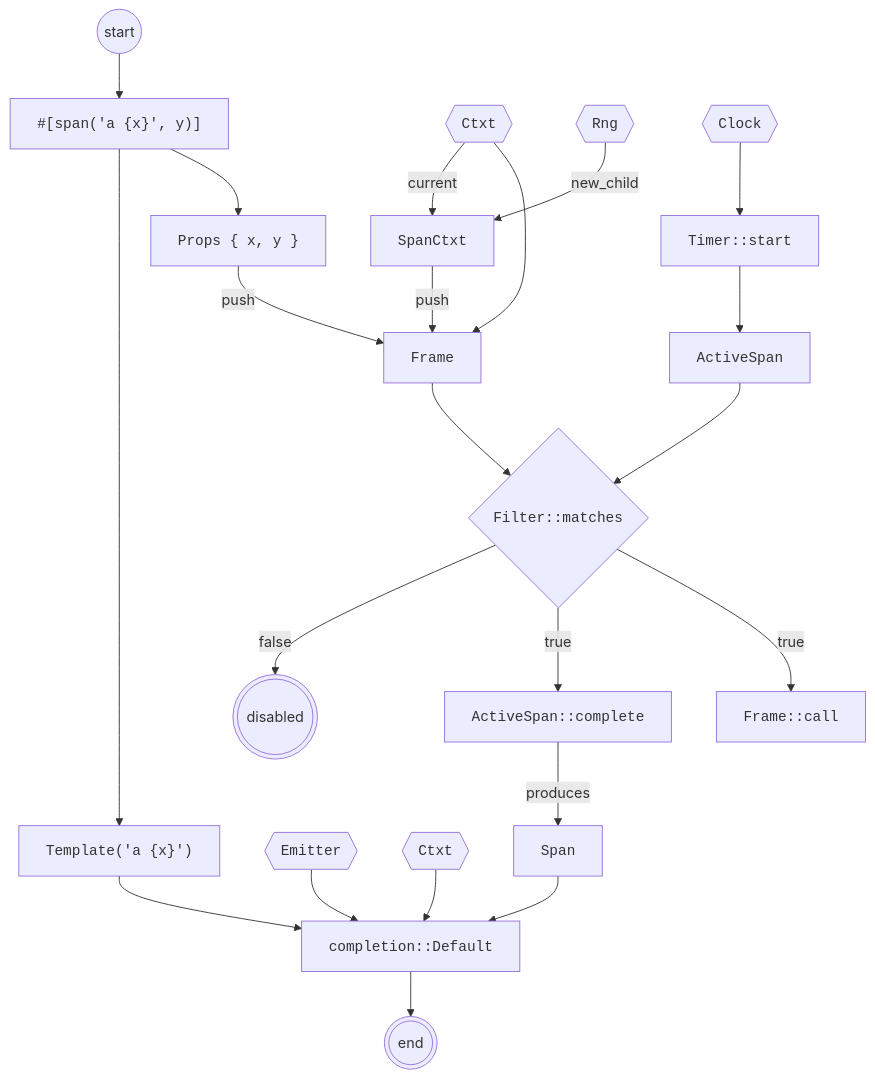
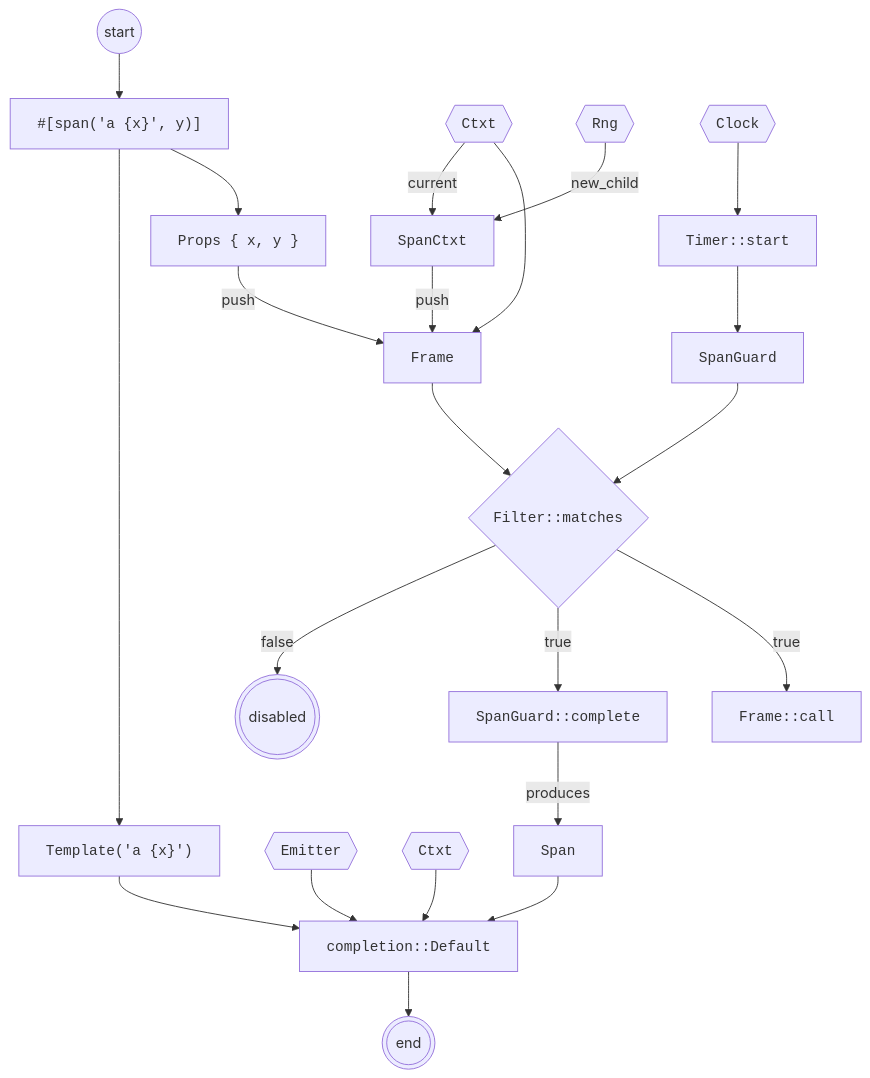
Before and after one commit to emit-rs/emit: the fifth of 5 diagrams in book/src/reference/architecture.md, drawn with Mermaid. The commit also changed 8 other files, not shown here.

Commit message:
prefer SpanGuard over ActiveSpan

````diff
--- a/book/src/reference/architecture.md
+++ b/book/src/reference/architecture.md
@@ -291,73 +291,73 @@
 ```mermaid
 flowchart
     start((start)) --> macro["`<code>#[span('a {x}', y)]</code>`"]
 
     macro --> tpl["`<code>Template('a {x}')</code>`"]
     macro --> macro_props["`<code>Props { x, y }</code>`"]
 
     ctxt{{"`<code>Ctxt</code>`"}}
 
     span_ctxt["`<code>SpanCtxt</code>`"]
 
     rng{{"`<code>Rng</code>`"}} -- new_child --> span_ctxt
     ctxt -- current --> span_ctxt
 
     clock{{"`<code>Clock</code>`"}} --> timer["`<code>Timer::start</code>`"]
 
     emitter{{"`<code>Emitter</code>`"}}
 
     completion["`<code>completion::Default</code>`"]
     tpl --> completion
     emitter --> completion
     ctxt_2{{"`<code>Ctxt</code>`"}} --> completion
 
     frame["`<code>Frame</code>`"]
     ctxt --> frame
     macro_props -- push --> frame
     span_ctxt -- push --> frame
 
     filter{"`<code>Filter::matches</code>`"}
 
     timer --> active_span
 
-    active_span["`<code>ActiveSpan</code>`"]
+    active_span["`<code>SpanGuard</code>`"]
 
     active_span --> filter
     frame --> filter
 
     filter -- false --> filter_no(((disabled)))
 
     filter -- true --> active_span_2
     filter -- true --> frame_2
 
     frame_2["<code>Frame::call</code>"]
 
-    active_span_2["`<code>ActiveSpan::complete</code>`"] -- produces --> span["`<code>Span</code>`"] --> completion
+    active_span_2["`<code>SpanGuard::complete</code>`"] -- produces --> span["`<code>Span</code>`"] --> completion
     
     completion --> END(((end)))
 
     click macro href "https://docs.rs/emit/0.11.1/emit/attr.span.html"
 
     click tpl href "https://docs.rs/emit/0.11.1/emit/struct.Template.html"
 
     click macro_props href "https://docs.rs/emit/0.11.1/emit/trait.Props.html"
 
     click span_ctxt href "https://docs.rs/emit/0.11.1/emit/span/struct.SpanCtxt.html"
     click span href "https://docs.rs/emit/0.11.1/emit/span/struct.Span.html"
     click timer href "https://docs.rs/emit/0.11.1/emit/timer/struct.Timer.html"
 
     click frame href "https://docs.rs/emit/0.11.1/emit/frame/struct.Frame.html"
     click frame_2 href "https://docs.rs/emit/0.11.1/emit/frame/struct.Frame.html"
 
-    click active_span href "https://docs.rs/emit/0.11.1/emit/span/struct.ActiveSpan.html"
-    click active_span_2 href "https://docs.rs/emit/0.11.1/emit/span/struct.ActiveSpan.html"
+    click active_span href "https://docs.rs/emit/0.11.1/emit/span/struct.SpanGuard.html"
+    click active_span_2 href "https://docs.rs/emit/0.11.1/emit/span/struct.SpanGuard.html"
 
     click completion href "https://docs.rs/emit/0.11.1/emit/span/completion/struct.Default.html"
 
     click emitter href "https://docs.rs/emit/0.11.1/emit/trait.Emitter.html"
     click filter href "https://docs.rs/emit/0.11.1/emit/trait.Filter.html"
     click ctxt href "https://docs.rs/emit/0.11.1/emit/trait.Ctxt.html"
     click ctxt_2 href "https://docs.rs/emit/0.11.1/emit/trait.Ctxt.html"
     click clock href "https://docs.rs/emit/0.11.1/emit/trait.Clock.html"
     click rng href "https://docs.rs/emit/0.11.1/emit/trait.Rng.html"
 ```
````
